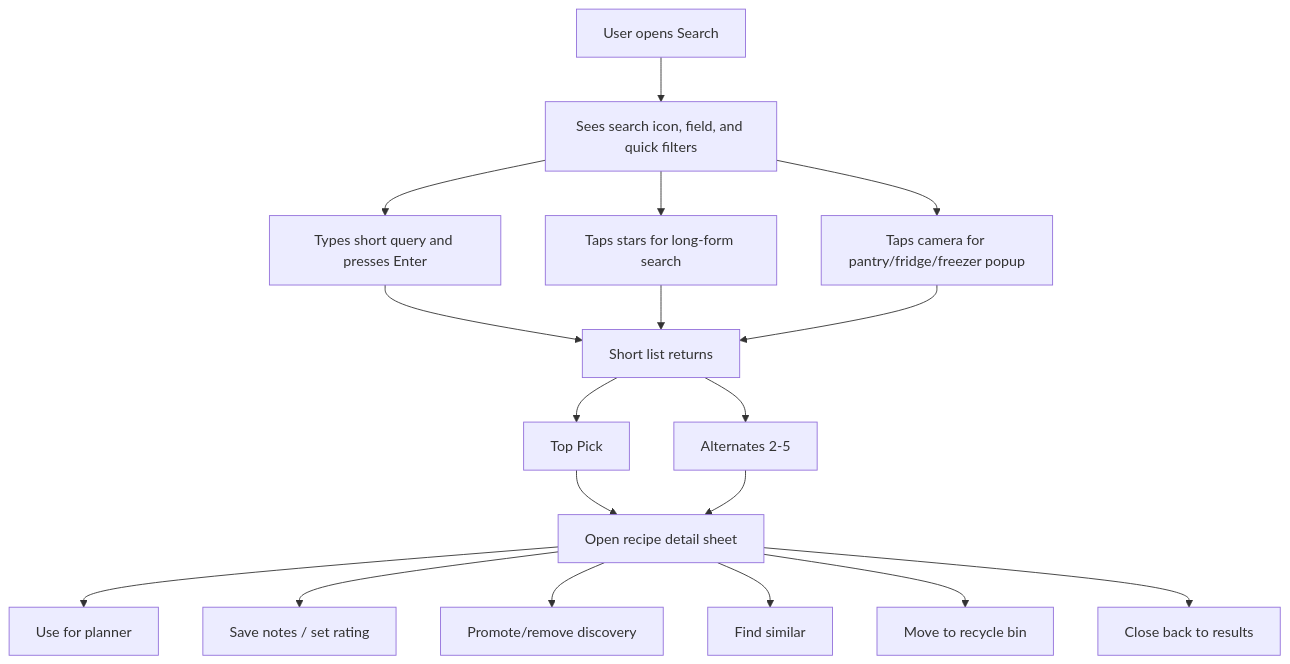
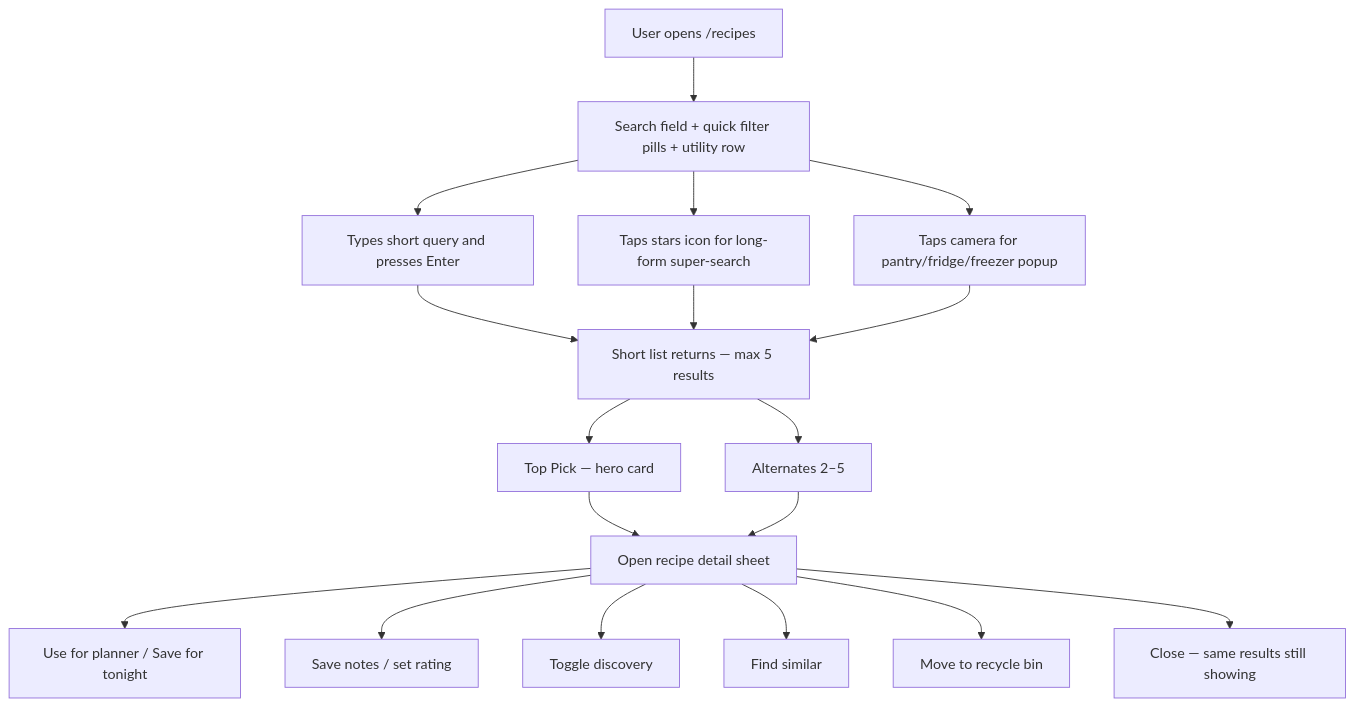
The first of 5 diagrams in docs/flows/user-flows/recipe-search-and-library-recovery.md (AlexandreBrisebois/whats-for-supper), drawn with Mermaid before and after one commit. The commit also changed other lines of this file and 14 other files, not shown here.

````diff
--- a/docs/flows/user-flows/recipe-search-and-library-recovery.md
+++ b/docs/flows/user-flows/recipe-search-and-library-recovery.md
@@ -30,20 +28,20 @@
 ```mermaid
 flowchart TD
-    A[User opens Search] --> B[Sees search icon, field, and quick filters]
+    A[User opens /recipes] --> B[Search field + quick filter pills + utility row]
     B --> C[Types short query and presses Enter]
-    B --> C2[Taps stars for long-form search]
+    B --> C2[Taps stars icon for long-form super-search]
     B --> C3[Taps camera for pantry/fridge/freezer popup]
-    C --> D[Short list returns]
+    C --> D[Short list returns — max 5 results]
     C2 --> D
     C3 --> D
-    D --> E[Top Pick]
-    D --> F[Alternates 2-5]
+    D --> E[Top Pick — hero card]
+    D --> F[Alternates 2–5]
     E --> G[Open recipe detail sheet]
     F --> G
-    G --> H[Use for planner]
+    G --> H[Use for planner / Save for tonight]
     G --> I[Save notes / set rating]
-    G --> J[Promote/remove discovery]
+    G --> J[Toggle discovery]
     G --> K[Find similar]
     G --> L[Move to recycle bin]
-    G --> M[Close back to results]
+    G --> M[Close — same results still showing]
 ```
````
